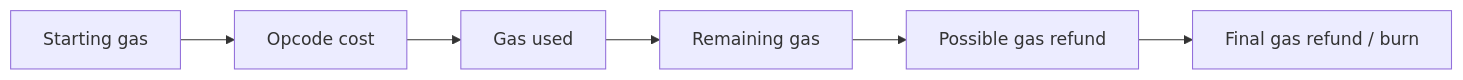
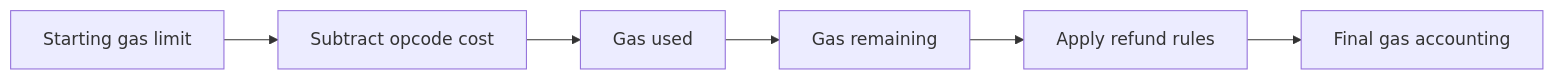
The seventh of 7 diagrams in YELLOW_PAPER_MERMAID.md (deepakraous/evm-lean4), drawn with Mermaid before and after one commit. The commit also changed other lines of this file, not shown here.

````diff
--- a/YELLOW_PAPER_MERMAID.md
+++ b/YELLOW_PAPER_MERMAID.md
@@ -226,8 +400,8 @@
 ```mermaid
 flowchart LR
-  StartGas["Starting gas"] --> Instruction["Opcode cost"]
-  Instruction --> GasUsed["Gas used"]
-  GasUsed --> GasLeft["Remaining gas"]
-  GasLeft --> Refund["Possible gas refund"]
-  Refund --> EndGas["Final gas refund / burn"]
+  StartGas["Starting gas limit"] --> OpcodeCost["Subtract opcode cost"]
+  OpcodeCost --> GasUsed["Gas used"]
+  GasUsed --> GasLeft["Gas remaining"]
+  GasLeft --> Refund["Apply refund rules"]
+  Refund --> EndGas["Final gas accounting"]
 ```
````
